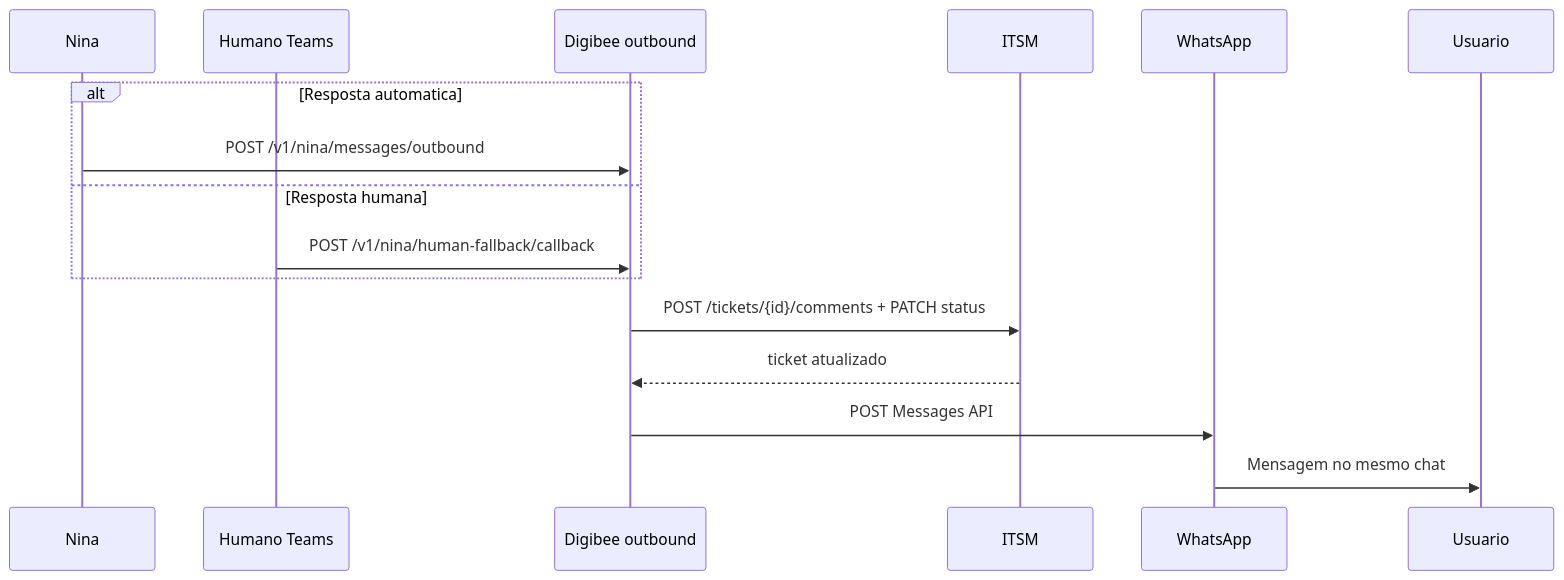
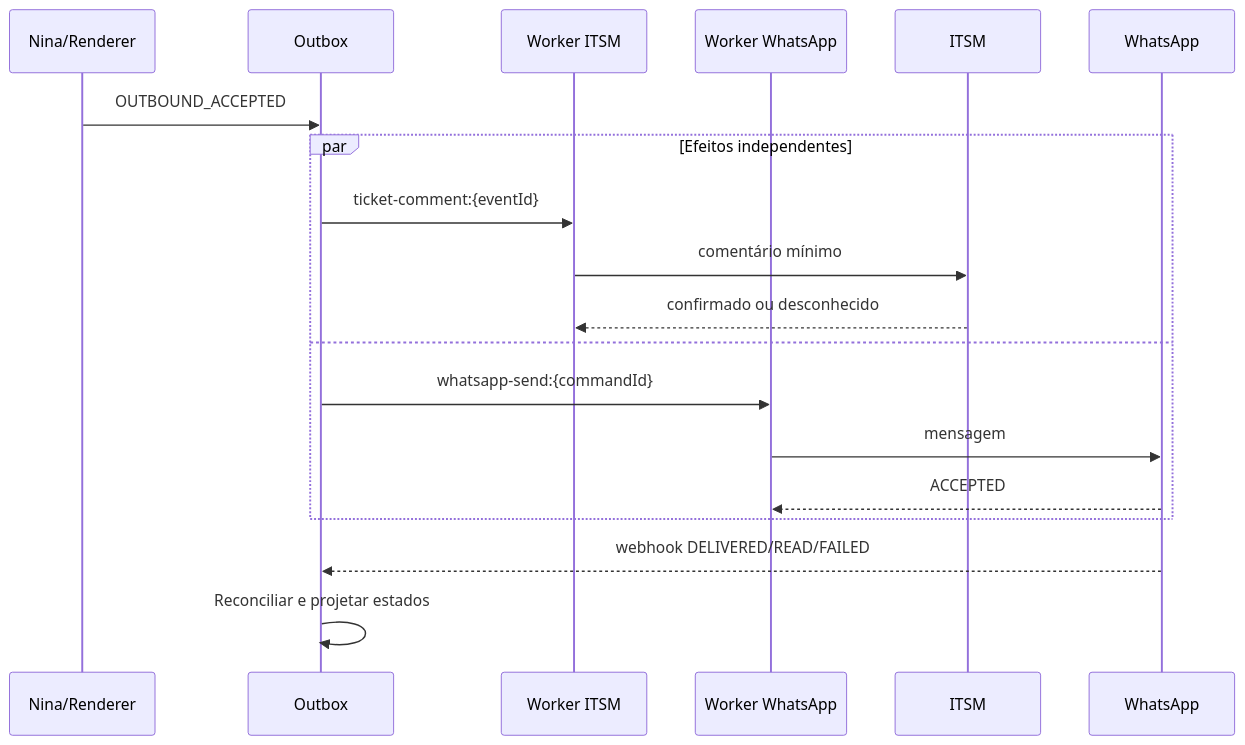
The third of 6 diagrams in README.md (anderson-figueiredo/rtvgpt-nina), drawn with Mermaid before and after one commit. The commit also changed other lines of this file and 3 other files, not shown here.

````diff
--- a/README.md
+++ b/README.md
@@ -469,19 +317,22 @@
 ```mermaid
 sequenceDiagram
-    participant N as Nina
-    participant H as Humano Teams
-    participant D as Digibee outbound
-    participant I as ITSM
-    participant W as WhatsApp
-    participant U as Usuario
+    participant N as Nina/Renderer
+    participant O as Outbox
+    participant I as Worker ITSM
+    participant W as Worker WhatsApp
+    participant T as ITSM
+    participant M as WhatsApp
 
-    alt Resposta automatica
-        N->>D: POST /v1/nina/messages/outbound
-    else Resposta humana
-        H->>D: POST /v1/nina/human-fallback/callback
+    N->>O: OUTBOUND_ACCEPTED
+    par Efeitos independentes
+        O->>I: ticket-comment:{eventId}
+        I->>T: comentário mínimo
+        T-->>I: confirmado ou desconhecido
+    and
+        O->>W: whatsapp-send:{commandId}
+        W->>M: mensagem
+        M-->>W: ACCEPTED
     end
-    D->>I: POST /tickets/{id}/comments + PATCH status
-    I-->>D: ticket atualizado
-    D->>W: POST Messages API
-    W->>U: Mensagem no mesmo chat
+    M-->>O: webhook DELIVERED/READ/FAILED
+    O->>O: Reconciliar e projetar estados
 ```
````
